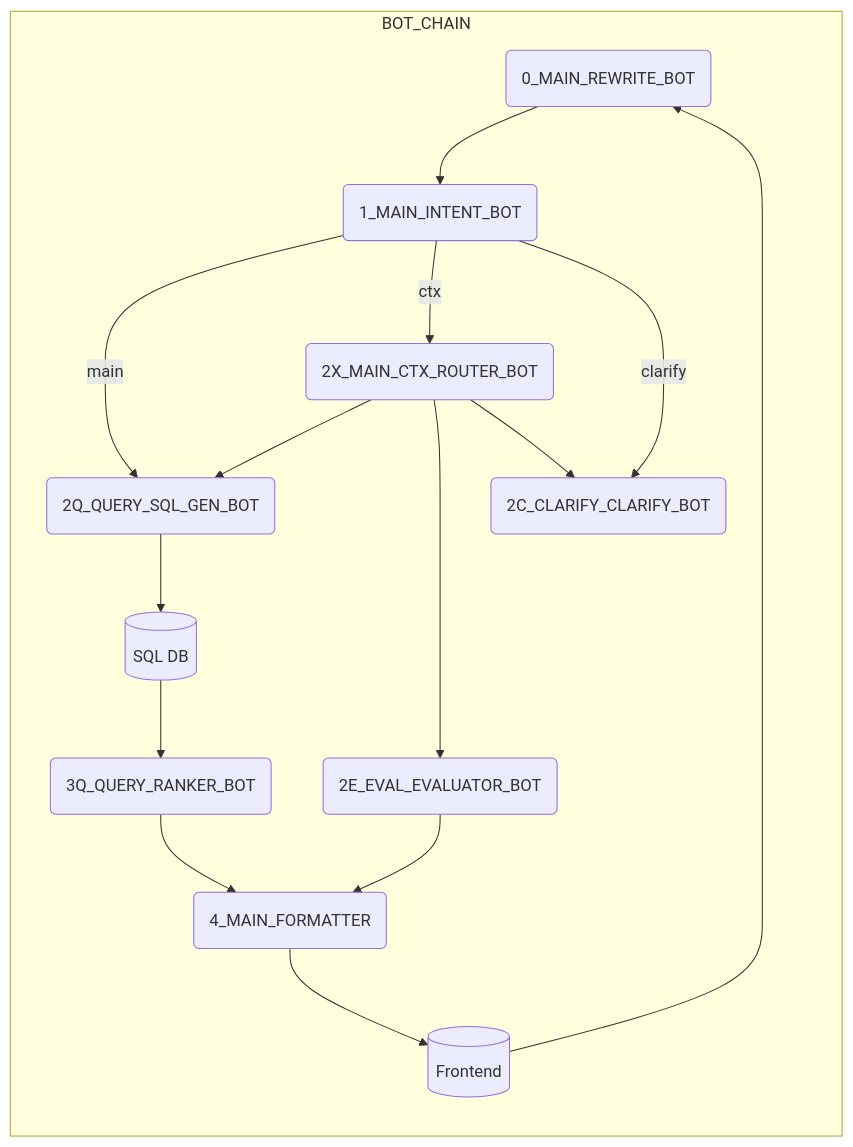
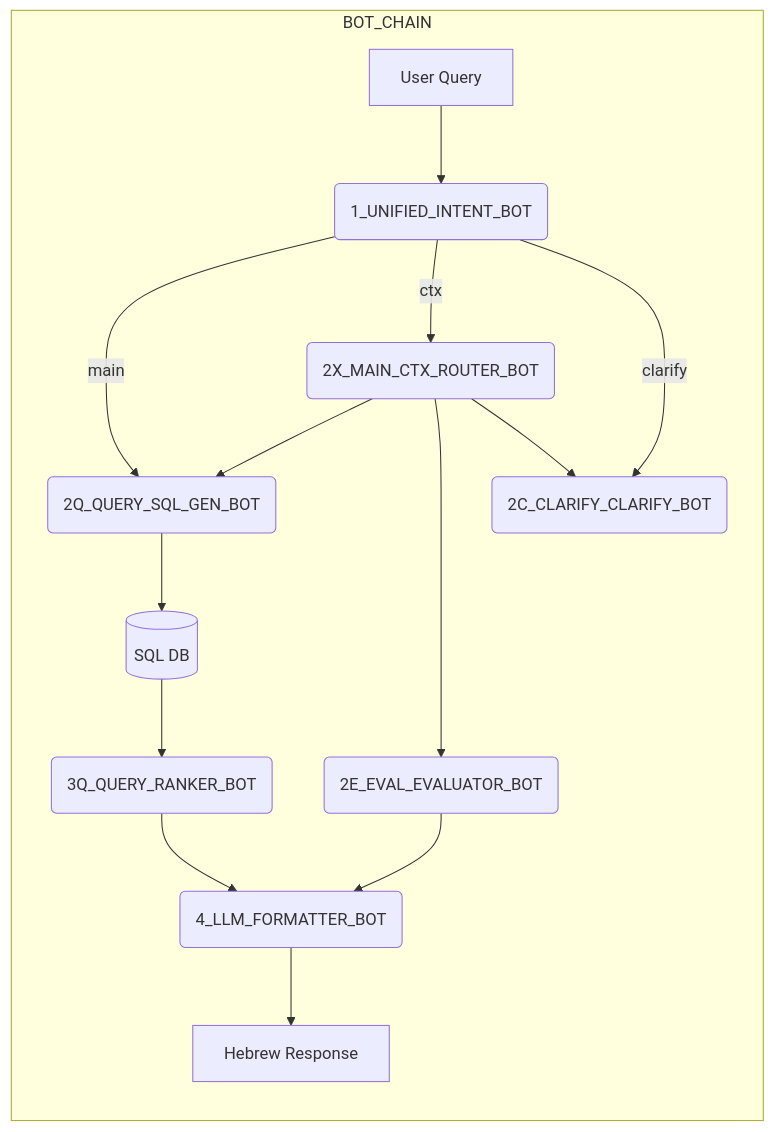
The diagram in bot_chain/MICRO_LEVEL_GUIDE.md (TomerGutman1/ceci-bot-chain), drawn with Mermaid before and after one commit. The commit also changed other lines of this file and 3 other files, not shown here.

First line of the commit message:
docs: Complete unified architecture documentation update

````diff
--- a/bot_chain/MICRO_LEVEL_GUIDE.md
+++ b/bot_chain/MICRO_LEVEL_GUIDE.md
@@ -12,30 +12,28 @@
 ```mermaid
 flowchart LR
   subgraph BOT_CHAIN
-    R0(0_MAIN_REWRITE_BOT)
-    I1(1_MAIN_INTENT_BOT)
+    I1(1_UNIFIED_INTENT_BOT)
     SQL2Q(2Q_QUERY_SQL_GEN_BOT)
     CTX2X(2X_MAIN_CTX_ROUTER_BOT)
     CL2C(2C_CLARIFY_CLARIFY_BOT)
     EV2E(2E_EVAL_EVALUATOR_BOT)
     R3Q(3Q_QUERY_RANKER_BOT)
-    F4(4_MAIN_FORMATTER)
+    F4(4_LLM_FORMATTER_BOT)
     DB[(SQL DB)]
 
-    R0 --> I1
+    USER[User Query] --> I1
     I1 -->|main| SQL2Q
     I1 -->|ctx| CTX2X
     I1 -->|clarify| CL2C
 
     CTX2X --> SQL2Q
     CTX2X --> EV2E
     CTX2X --> CL2C
 
     SQL2Q --> DB
     DB --> R3Q
     R3Q --> F4
     EV2E --> F4
-    F4 --> FE[(Frontend)]
-    FE --> R0
+    F4 --> RESPONSE[Hebrew Response]
   end
 ```
````
